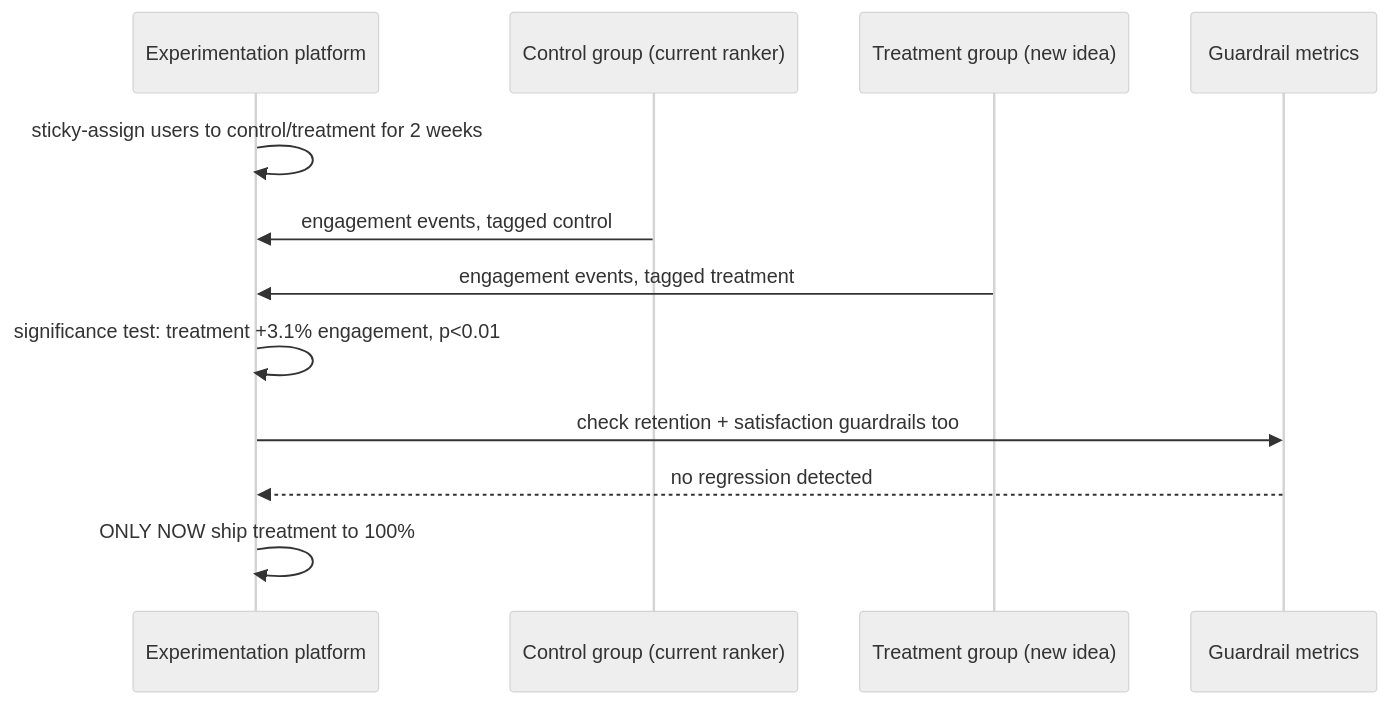
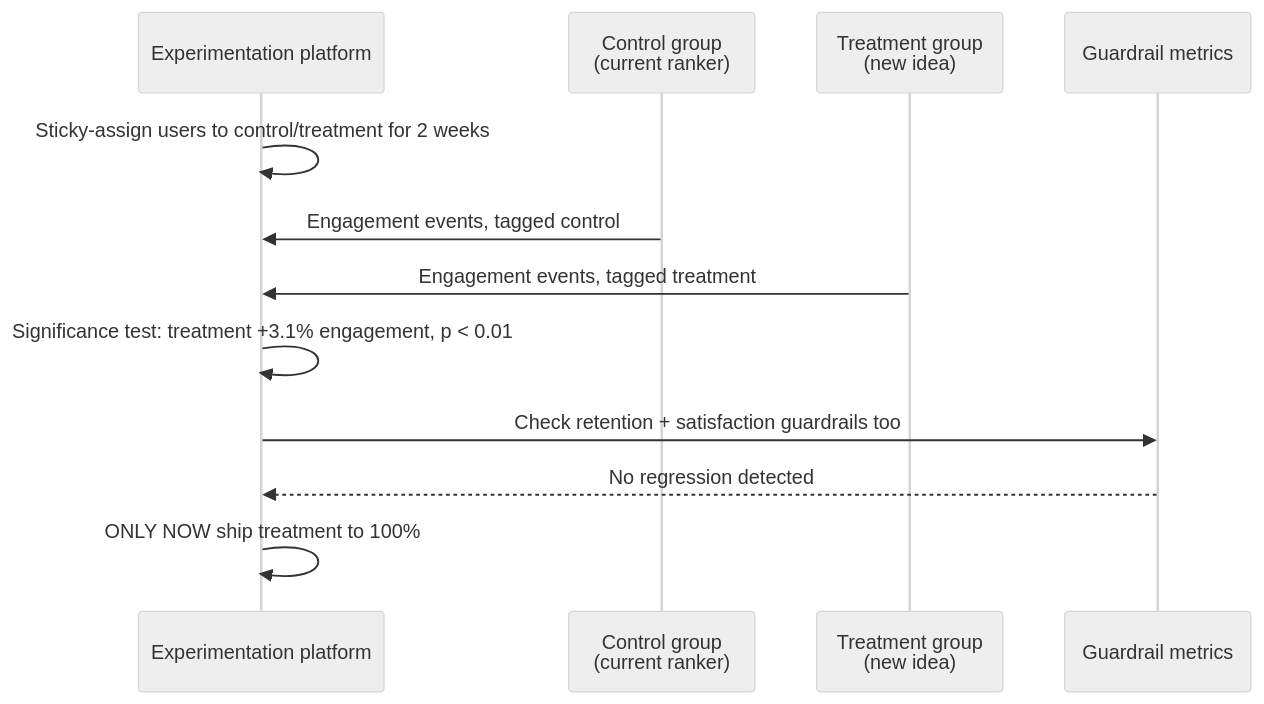
Before and after one commit to riyaz-pasha/Learnings: the tenth of 15 diagrams in system-design/HLD/0-course/59-Design-a-Recommendation-Engine-Netflix-YouTube-FAANG-Guide-story.md, drawn with Mermaid (neutral theme). The commit also changed other lines of this file and 1 other file, not shown here.

Commit message:
[REWRITE] Recommendation Engine story guide: simplify prose, add structure, fix diagrams

````diff
--- a/system-design/HLD/0-course/59-Design-a-Recommendation-Engine-Netflix-YouTube-FAANG-Guide-story.md
+++ b/system-design/HLD/0-course/59-Design-a-Recommendation-Engine-Netflix-YouTube-FAANG-Guide-story.md
@@ -221,15 +503,15 @@
 ```mermaid
 sequenceDiagram
     participant Exp as Experimentation platform
-    participant Control as Control group (current ranker)
-    participant Treatment as Treatment group (new idea)
+    participant Control as Control group<br/>(current ranker)
+    participant Treatment as Treatment group<br/>(new idea)
     participant Guardrail as Guardrail metrics
 
-    Exp->>Exp: sticky-assign users to control/treatment for 2 weeks
-    Control->>Exp: engagement events, tagged control
-    Treatment->>Exp: engagement events, tagged treatment
-    Exp->>Exp: significance test: treatment +3.1% engagement, p<0.01
-    Exp->>Guardrail: check retention + satisfaction guardrails too
-    Guardrail-->>Exp: no regression detected
+    Exp->>Exp: Sticky-assign users to control/treatment for 2 weeks
+    Control->>Exp: Engagement events, tagged control
+    Treatment->>Exp: Engagement events, tagged treatment
+    Exp->>Exp: Significance test: treatment +3.1% engagement, p < 0.01
+    Exp->>Guardrail: Check retention + satisfaction guardrails too
+    Guardrail-->>Exp: No regression detected
     Exp->>Exp: ONLY NOW ship treatment to 100%
 ```
````
